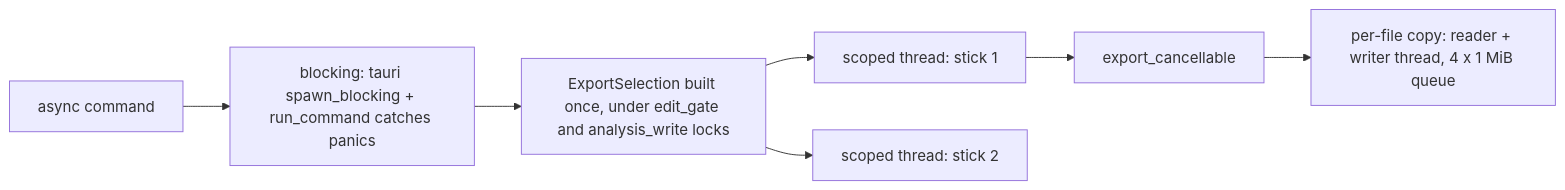
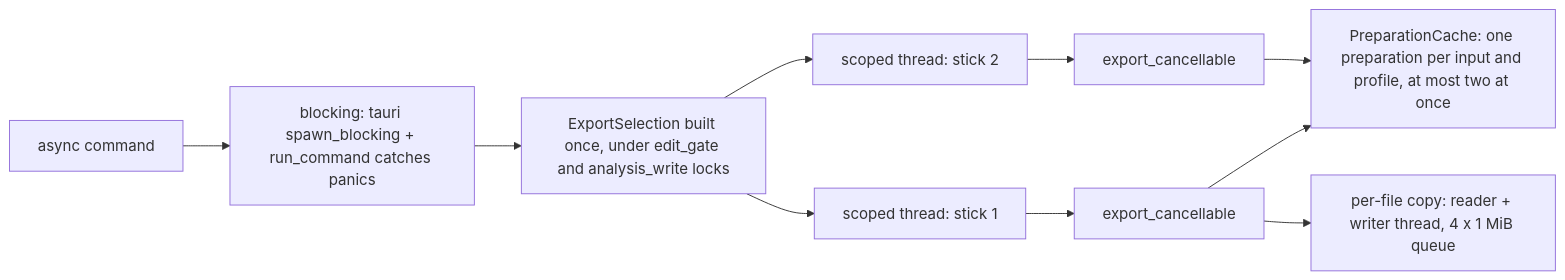
One commit to Calvin-Zikakis/openbox changed the second of 3 diagrams in docs/reference/usb-export-pipeline.md. Above: the diagram before and after it, drawn with Mermaid. The commit also changed other lines of this file and 2 other files, not shown here.

First line of the commit message:
docs: describe how USB export and selective sync work today in one reference

````diff
--- a/docs/reference/usb-export-pipeline.md
+++ b/docs/reference/usb-export-pipeline.md
@@ -255,9 +333,12 @@
 ```mermaid
 flowchart LR
     A[async command] --> B[blocking: tauri spawn_blocking + run_command catches panics]
     B --> C[ExportSelection built once, under edit_gate and analysis_write locks]
     C --> D1[scoped thread: stick 1]
     C --> D2[scoped thread: stick 2]
     D1 --> E1[export_cancellable]
+    D2 --> E2[export_cancellable]
+    E1 --> P[PreparationCache: one preparation per input and profile, at most two at once]
+    E2 --> P
     E1 --> F1[per-file copy: reader + writer thread, 4 x 1 MiB queue]
 ```
````
